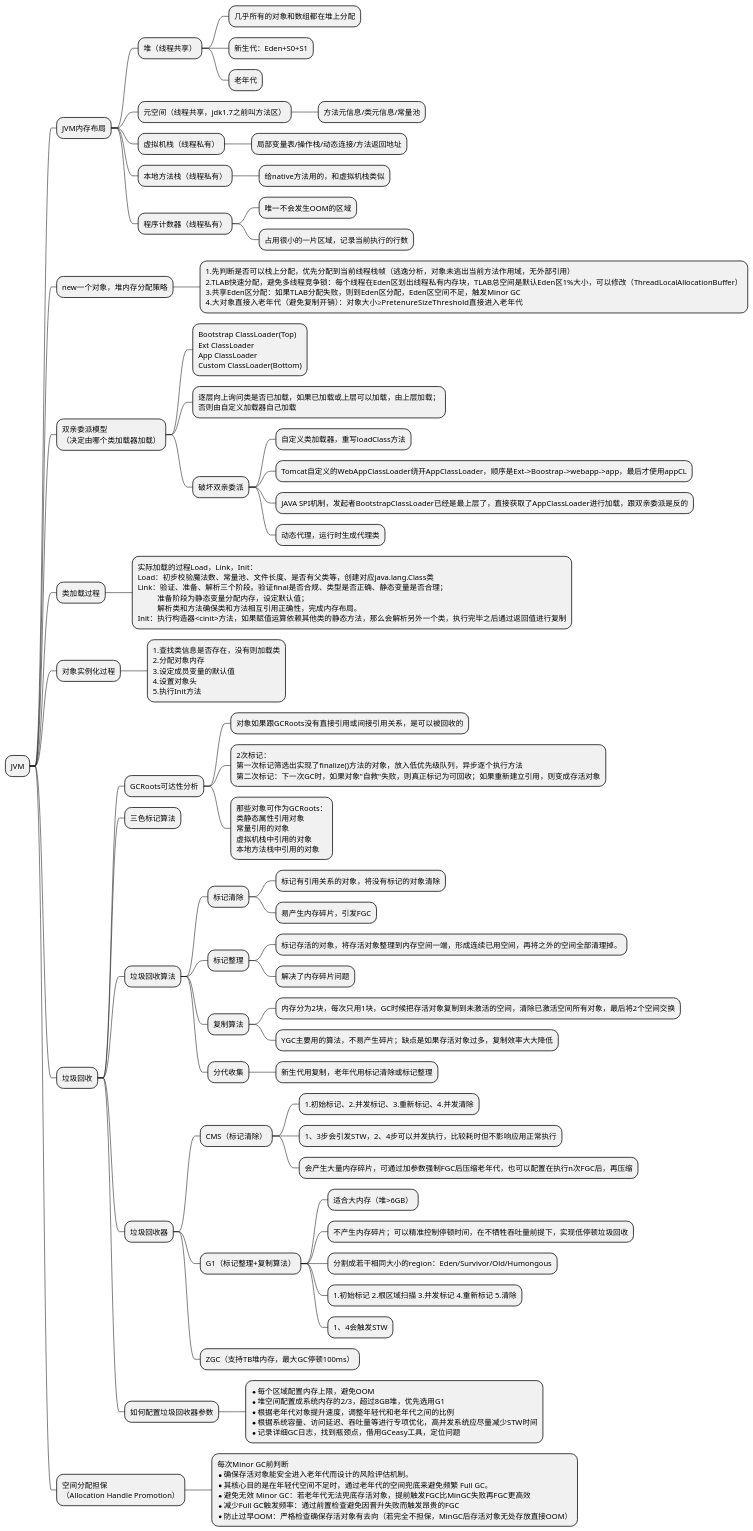
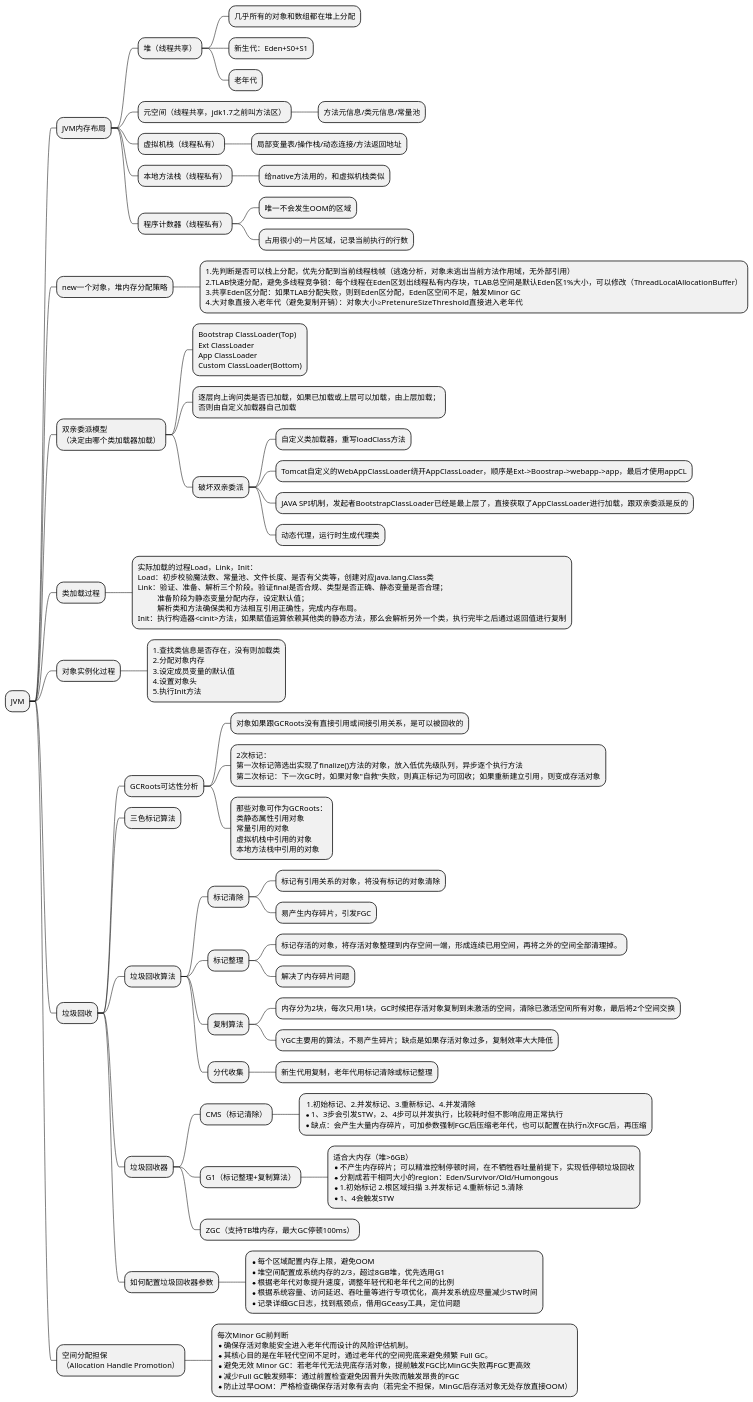
One commit to kuqi007/zor-advanced changed the diagram in notes/recall/Java基础/JVM.puml. Above: the diagram before and after it, drawn with PlantUML.

Commit message:
Recall: JVM.

```diff
--- a/notes/recall/Java基础/JVM.puml
+++ b/notes/recall/Java基础/JVM.puml
@@ -1,115 +1,115 @@
 @startmindmap
 'https://plantuml.com/mindmap-diagram
 
 * JVM
 ** JVM内存布局
 *** 堆（线程共享）
 **** 几乎所有的对象和数组都在堆上分配
 **** 新生代：Eden+S0+S1
 **** 老年代
 *** 元空间（线程共享，jdk1.7之前叫方法区）
 **** 方法元信息/类元信息/常量池
 *** 虚拟机栈（线程私有）
 **** 局部变量表/操作栈/动态连接/方法返回地址
 *** 本地方法栈（线程私有）
 **** 给native方法用的，和虚拟机栈类似
 *** 程序计数器（线程私有）
 **** 唯一不会发生OOM的区域
 **** 占用很小的一片区域，记录当前执行的行数
 
 ** new一个对象，堆内存分配策略
 ***:1.先判断是否可以栈上分配，优先分配到当前线程栈帧（逃逸分析，对象未逃出当前方法作用域，无外部引用）
 2.TLAB快速分配，避免多线程竞争锁：每个线程在Eden区划出线程私有内存块，TLAB总空间是默认Eden区1%大小，可以修改（ThreadLocalAllocationBuffer）
 3.共享Eden区分配：如果TLAB分配失败，则到Eden区分配，Eden区空间不足，触发Minor GC
 4.大对象直接入老年代（避免复制开销）：对象大小≥PretenureSizeThreshold直接进入老年代;
 
 ** 双亲委派模型\n（决定由哪个类加载器加载）
 ***:Bootstrap ClassLoader(Top)
 Ext ClassLoader
 App ClassLoader
 Custom ClassLoader(Bottom);
 ***:逐层向上询问类是否已加载，如果已加载或上层可以加载，由上层加载；
 否则由自定义加载器自己加载;
 *** 破坏双亲委派
 **** 自定义类加载器，重写loadClass方法
 **** Tomcat自定义的WebAppClassLoader绕开AppClassLoader，顺序是Ext->Boostrap->webapp->app，最后才使用appCL
 **** JAVA SPI机制，发起者BootstrapClassLoader已经是最上层了，直接获取了AppClassLoader进行加载，跟双亲委派是反的
 **** 动态代理，运行时生成代理类
 
 ** 类加载过程
 ***:实际加载的过程Load，Link，Init：
 Load：初步校验魔法数、常量池、文件长度、是否有父类等，创建对应java.lang.Class类
 Link：验证、准备、解析三个阶段。验证final是否合规、类型是否正确、静态变量是否合理；
           准备阶段为静态变量分配内存，设定默认值；
           解析类和方法确保类和方法相互引用正确性，完成内存布局。
 Init：执行构造器<cinit>方法，如果赋值运算依赖其他类的静态方法，那么会解析另外一个类，执行完毕之后通过返回值进行复制;
 
 
 
 
 ** 对象实例化过程
 ***:1.查找类信息是否存在，没有则加载类
 2.分配对象内存
 3.设定成员变量的默认值
 4.设置对象头
 5.执行Init方法;
 
 ** 垃圾回收
 *** GCRoots可达性分析
 **** 对象如果跟GCRoots没有直接引用或间接引用关系，是可以被回收的
 ****:2次标记：
 第一次标记筛选出实现了finalize()方法的对象，放入低优先级队列，异步逐个执行方法
 第二次标记：下一次GC时，如果对象"自救"失败，则真正标记为可回收；如果重新建立引用，则变成存活对象;
 ****:那些对象可作为GCRoots：
 类静态属性引用对象
 常量引用的对象
 虚拟机栈中引用的对象
 本地方法栈中引用的对象;
 *** 三色标记算法
 *** 垃圾回收算法
 **** 标记清除
 ***** 标记有引用关系的对象，将没有标记的对象清除
 ***** 易产生内存碎片，引发FGC
 **** 标记整理
 ***** 标记存活的对象，将存活对象整理到内存空间一端，形成连续已用空间，再将之外的空间全部清理掉。
 ***** 解决了内存碎片问题
 **** 复制算法
 ***** 内存分为2块，每次只用1块，GC时候把存活对象复制到未激活的空间，清除已激活空间所有对象，最后将2个空间交换
 ***** YGC主要用的算法，不易产生碎片；缺点是如果存活对象过多，复制效率大大降低
 **** 分代收集
 ***** 新生代用复制，老年代用标记清除或标记整理
 
 *** 垃圾回收器
 **** CMS（标记清除）
-***** 1.初始标记、2.并发标记、3.重新标记、4.并发清除
-***** 1、3步会引发STW，2、4步可以并发执行，比较耗时但不影响应用正常执行
-***** 会产生大量内存碎片，可通过加参数强制FGC后压缩老年代，也可以配置在执行n次FGC后，再压缩
+*****: 1.初始标记、2.并发标记、3.重新标记、4.并发清除
+* 1、3步会引发STW，2、4步可以并发执行，比较耗时但不影响应用正常执行
+* 缺点：会产生大量内存碎片，可加参数强制FGC后压缩老年代，也可以配置在执行n次FGC后，再压缩;
 **** G1（标记整理+复制算法）
-***** 适合大内存（堆>6GB）
-***** 不产生内存碎片；可以精准控制停顿时间，在不牺牲吞吐量前提下，实现低停顿垃圾回收
-***** 分割成若干相同大小的region：Eden/Survivor/Old/Humongous
-***** 1.初始标记 2.根区域扫描 3.并发标记 4.重新标记 5.清除
-***** 1、4会触发STW
+*****:适合大内存（堆>6GB）
+* 不产生内存碎片；可以精准控制停顿时间，在不牺牲吞吐量前提下，实现低停顿垃圾回收
+* 分割成若干相同大小的region：Eden/Survivor/Old/Humongous
+* 1.初始标记 2.根区域扫描 3.并发标记 4.重新标记 5.清除
+* 1、4会触发STW;
 **** ZGC（支持TB堆内存，最大GC停顿100ms）
 
 *** 如何配置垃圾回收器参数
 ****:*每个区域配置内存上限，避免OOM
 * 堆空间配置成系统内存的2/3，超过8GB堆，优先选用G1
 * 根据老年代对象提升速度，调整年轻代和老年代之间的比例
 * 根据系统容量、访问延迟、吞吐量等进行专项优化，高并发系统应尽量减少STW时间
 * 记录详细GC日志，找到瓶颈点，借用GCeasy工具，定位问题;
 
 
 
 
 
 
 
 ** 空间分配担保\n（Allocation Handle Promotion）
 ***:每次Minor GC前判断
 *确保存活对象能安全进入老年代而设计的风险评估机制。
 *其核心目的是在年轻代空间不足时，通过老年代的空间兜底来避免频繁 Full GC。
 *避免无效 Minor GC：若老年代无法兜底存活对象，提前触发FGC比MinGC失败再FGC更高效
 *减少Full GC触发频率：通过前置检查避免因晋升失败而触发昂贵的FGC
 *防止过早OOM：严格检查确保存活对象有去向（若完全不担保，MinGC后存活对象无处存放直接OOM）;
 @endmindmap
```
